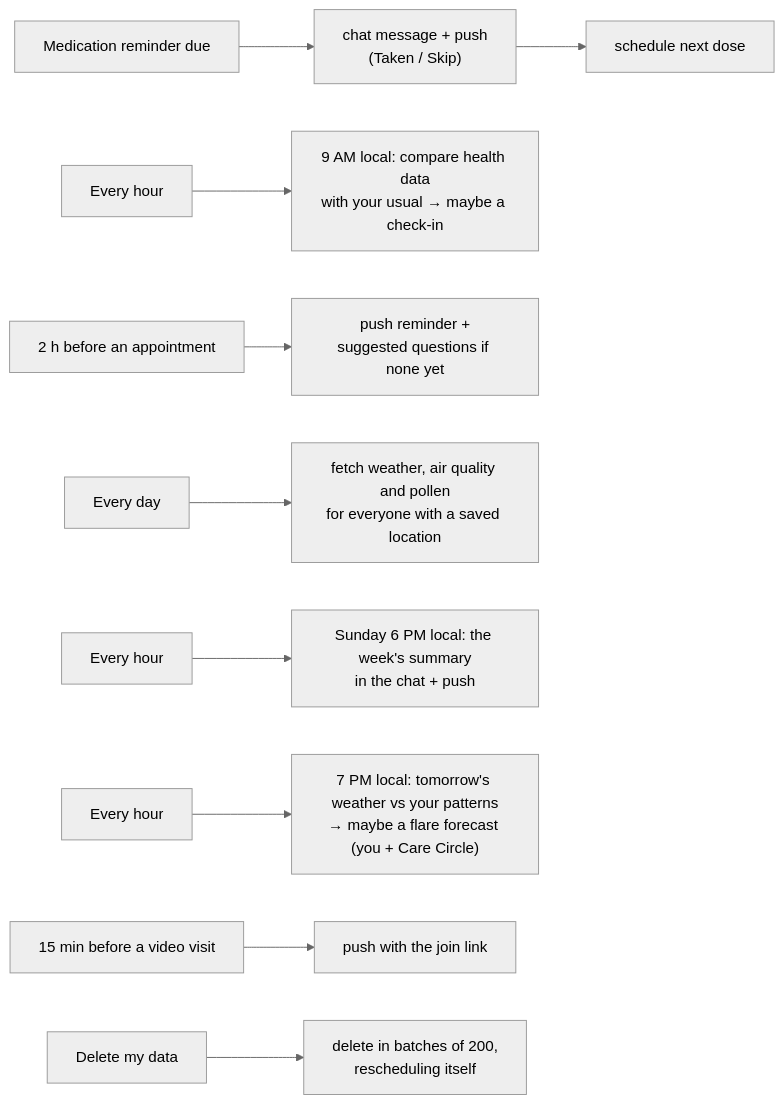
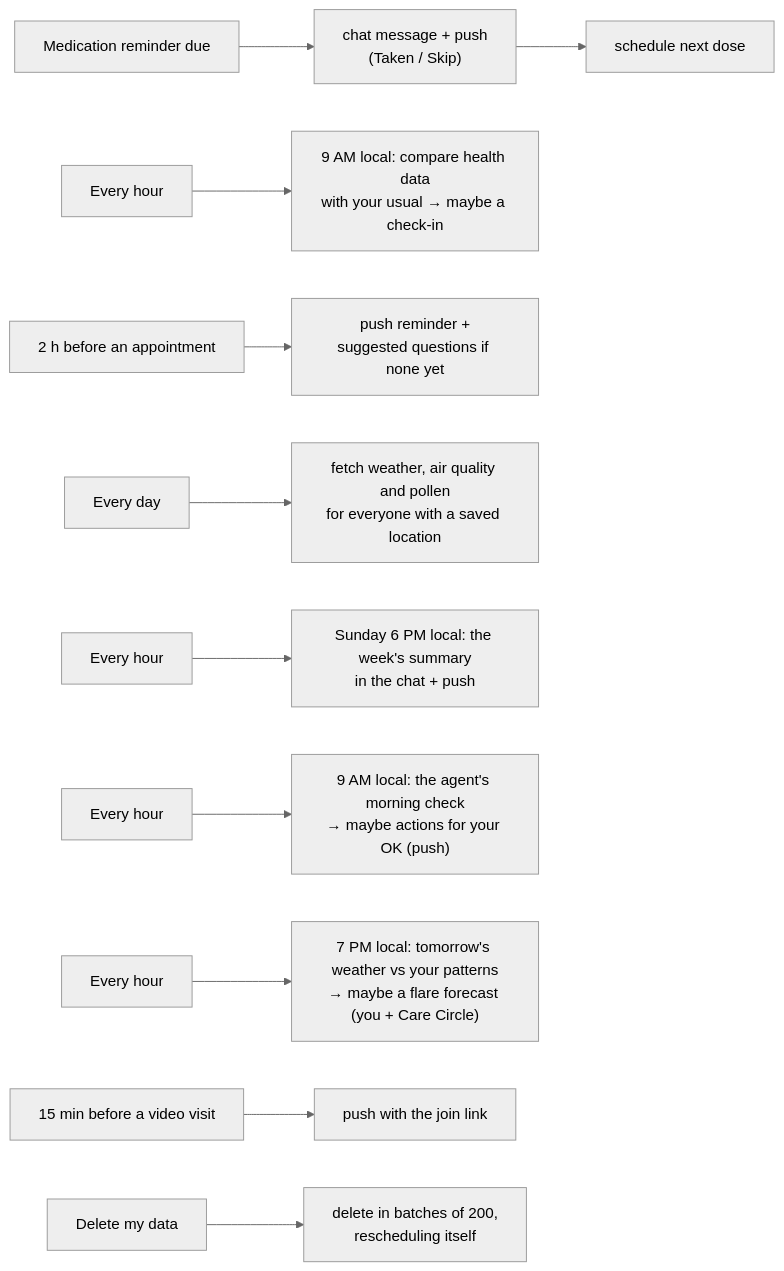
Before and after one commit to johnandrian/wellnest: the fourth of 4 diagrams in README.md, drawn with Mermaid (neutral theme). The commit also changed other lines of this file and 9 other files, not shown here.

Commit message:
feat: add a morning agent check that proposes actions for high or very low glucose and worsening pain

````diff
--- a/README.md
+++ b/README.md
@@ -107,11 +107,12 @@
 ```mermaid
 flowchart LR
   R["Medication reminder due"] --> RM["chat message + push<br/>(Taken / Skip)"] --> RN["schedule next dose"]
   H["Every hour"] --> CI["9 AM local: compare health data<br/>with your usual → maybe a check-in"]
   V["2 h before an appointment"] --> VP["push reminder +<br/>suggested questions if none yet"]
   W["Every day"] --> WD["fetch weather, air quality and pollen<br/>for everyone with a saved location"]
   S["Every hour"] --> SW["Sunday 6 PM local: the week's summary<br/>in the chat + push"]
+  A["Every hour"] --> FA["9 AM local: the agent's morning check<br/>→ maybe actions for your OK (push)"]
   F["Every hour"] --> FF["7 PM local: tomorrow's weather vs your patterns<br/>→ maybe a flare forecast (you + Care Circle)"]
   T["15 min before a video visit"] --> TP["push with the join link"]
   D["Delete my data"] --> DB["delete in batches of 200,<br/>rescheduling itself"]
 ```
````
